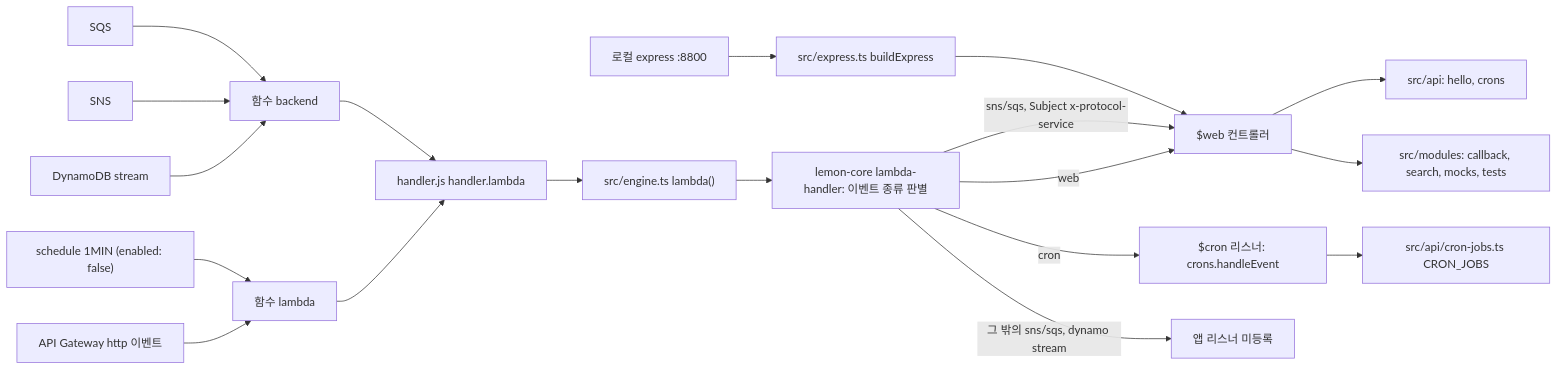
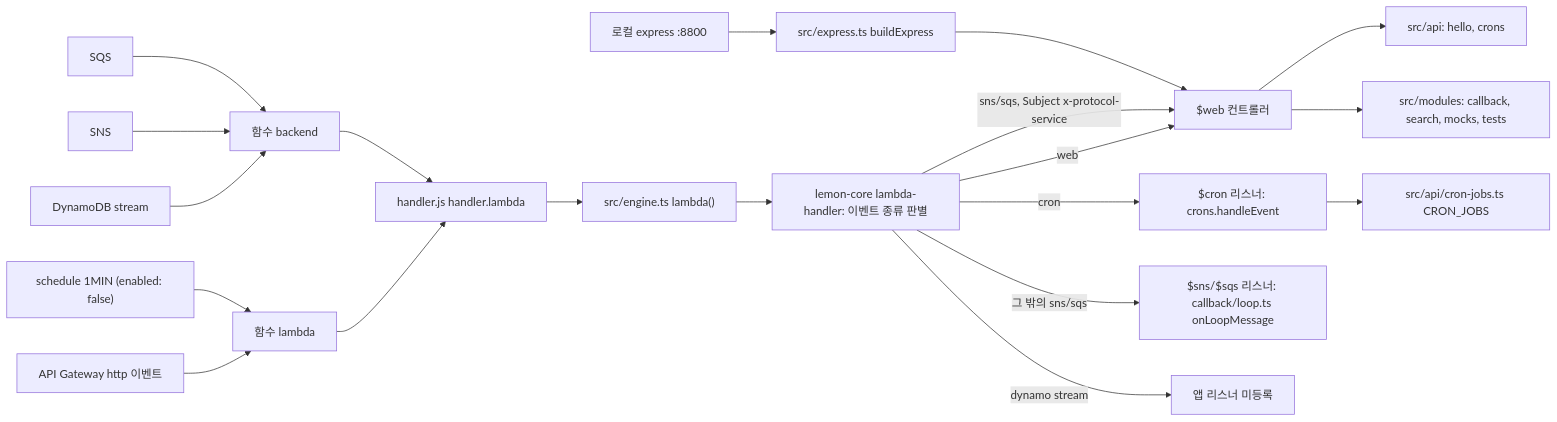
Before and after one commit to lemoncloud-io/lemon-templates-api: the diagram in README.md, drawn with Mermaid. The commit also changed other lines of this file and 10 other files, not shown here.

First line of the commit message:
feat(callback): SNS/SQS/protocol loop test with loop:check

````diff
--- a/README.md
+++ b/README.md
@@ -46,21 +47,22 @@
 ```mermaid
 flowchart LR
     APIGW["API Gateway http 이벤트"] --> FL["함수 lambda"]
     SCH["schedule 1MIN (enabled: false)"] --> FL
     DDB["DynamoDB stream"] --> FB["함수 backend"]
     SNS["SNS"] --> FB
     SQS["SQS"] --> FB
     FL --> H["handler.js handler.lambda"]
     FB --> H
     H --> ENG["src/engine.ts lambda()"]
     ENG --> LC["lemon-core lambda-handler: 이벤트 종류 판별"]
     LC -- "web" --> WEB["$web 컨트롤러"]
     LC -- "sns/sqs, Subject x-protocol-service" --> WEB
     LC -- "cron" --> CRON["$cron 리스너: crons.handleEvent"]
     CRON --> JOBS["src/api/cron-jobs.ts CRON_JOBS"]
-    LC -- "그 밖의 sns/sqs, dynamo stream" --> NONE["앱 리스너 미등록"]
+    LC -- "그 밖의 sns/sqs" --> LOOP["$sns/$sqs 리스너: callback/loop.ts onLoopMessage"]
+    LC -- "dynamo stream" --> NONE["앱 리스너 미등록"]
     LOCAL["로컬 express :8800"] --> EXP["src/express.ts buildExpress"]
     EXP --> WEB
     WEB --> API["src/api: hello, crons"]
     WEB --> MOD["src/modules: callback, search, mocks, tests"]
 ```
````
